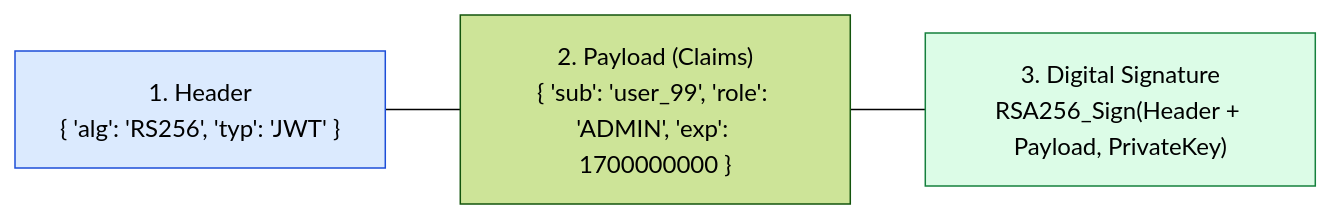
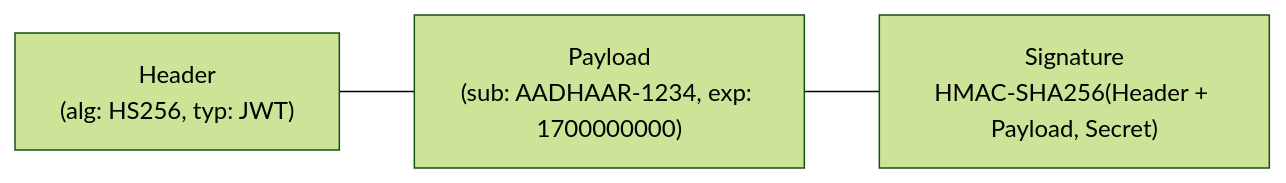
One commit to Amie-dev/engineering-playbook changed the second of 3 diagrams in system-design-notes/34-security-fundamentals.md. Above: the diagram before and after it, drawn with Mermaid (forest theme). The commit also changed other lines of this file and 33 other files, not shown here.

````diff
--- a/system-design-notes/34-security-fundamentals.md
+++ b/system-design-notes/34-security-fundamentals.md
@@ -61,8 +45,5 @@
 ```mermaid
 flowchart LR
-    Header["1. Header<br/>{ 'alg': 'RS256', 'typ': 'JWT' }"] --- Payload["2. Payload (Claims)<br/>{ 'sub': 'user_99', 'role': 'ADMIN', 'exp': 1700000000 }"]
-    Payload --- Signature["3. Digital Signature<br/>RSA256_Sign(Header + Payload, PrivateKey)"]
-
-    style Signature fill:#dcfce7,stroke:#15803d
-    style Header fill:#dbeafe,stroke:#1d4ed8
+    Header["Header<br/>(alg: HS256, typ: JWT)"] --- Payload["Payload<br/>(sub: AADHAAR-1234, exp: 1700000000)"]
+    Payload --- Signature["Signature<br/>HMAC-SHA256(Header + Payload, Secret)"]
 ```
````
